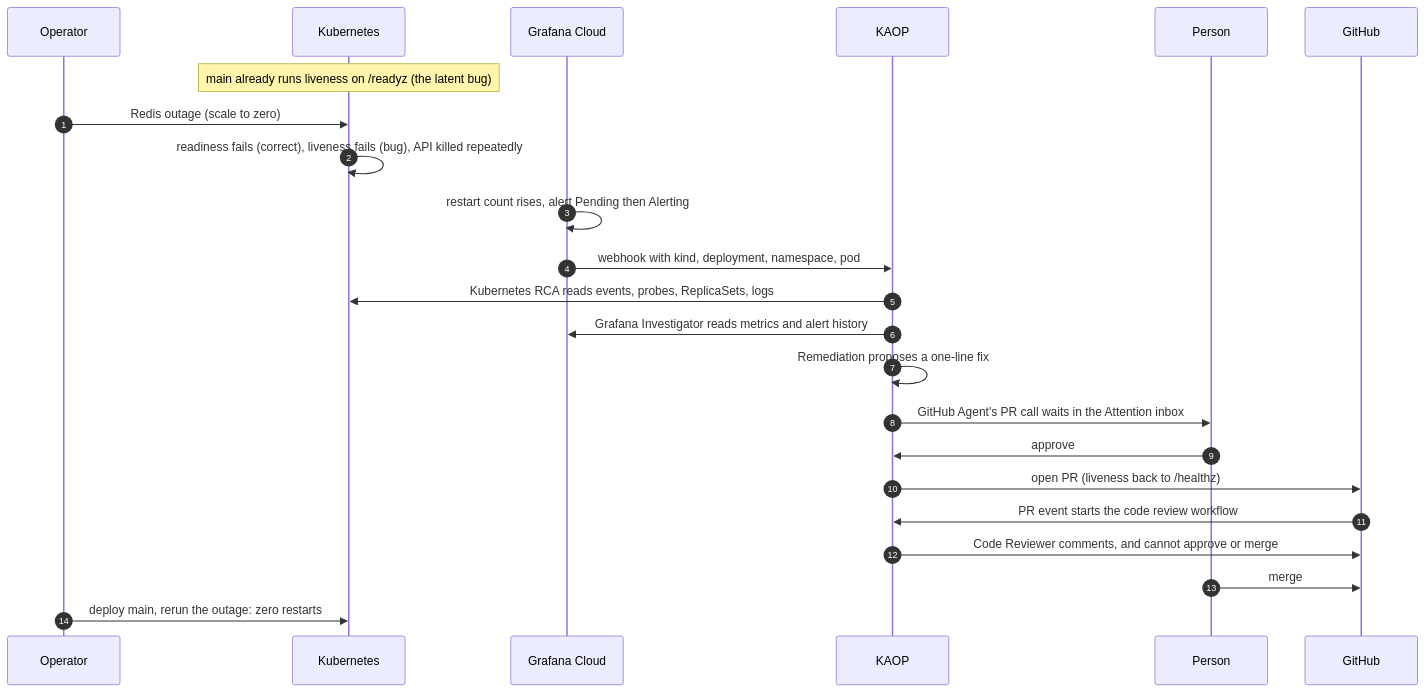
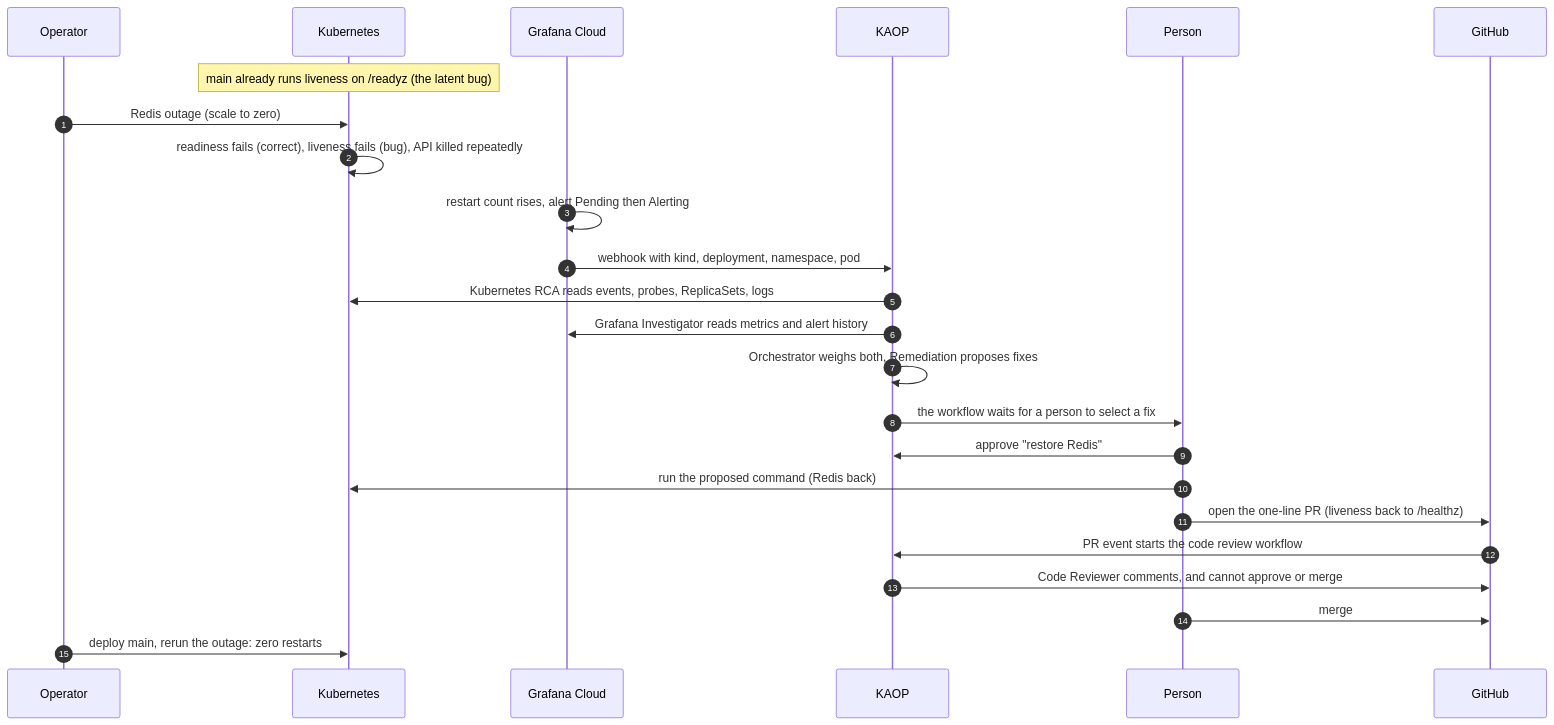
One commit to chizeni24/komodor-production-lab changed the second of 2 diagrams in README.md. Above: the diagram before and after it, drawn with Mermaid. The commit also changed other lines of this file and 5 other files, not shown here.

````diff
--- a/README.md
+++ b/README.md
@@ -83,25 +85,26 @@
 ```mermaid
 sequenceDiagram
   autonumber
   participant Op as Operator
   participant K8s as Kubernetes
   participant G as Grafana Cloud
   participant K as KAOP
   participant P as Person
   participant GH as GitHub
   Note over K8s: main already runs liveness on /readyz (the latent bug)
   Op->>K8s: Redis outage (scale to zero)
   K8s->>K8s: readiness fails (correct), liveness fails (bug), API killed repeatedly
   G->>G: restart count rises, alert Pending then Alerting
   G->>K: webhook with kind, deployment, namespace, pod
   K->>K8s: Kubernetes RCA reads events, probes, ReplicaSets, logs
   K->>G: Grafana Investigator reads metrics and alert history
-  K->>K: Remediation proposes a one-line fix
-  K->>P: GitHub Agent's PR call waits in the Attention inbox
-  P->>K: approve
-  K->>GH: open PR (liveness back to /healthz)
+  K->>K: Orchestrator weighs both, Remediation proposes fixes
+  K->>P: the workflow waits for a person to select a fix
+  P->>K: approve "restore Redis"
+  P->>K8s: run the proposed command (Redis back)
+  P->>GH: open the one-line PR (liveness back to /healthz)
   GH->>K: PR event starts the code review workflow
   K->>GH: Code Reviewer comments, and cannot approve or merge
   P->>GH: merge
   Op->>K8s: deploy main, rerun the outage: zero restarts
 ```
````
